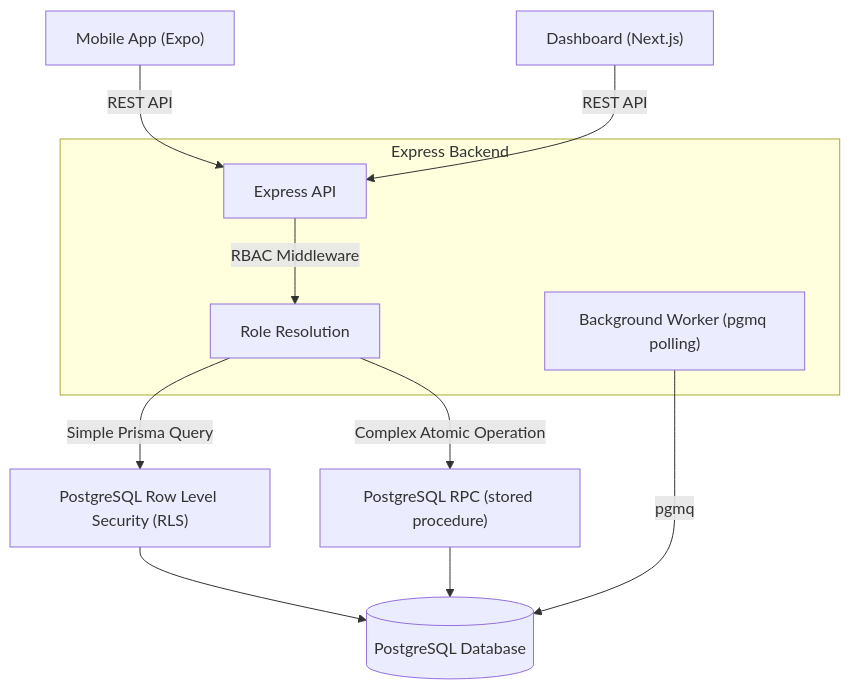
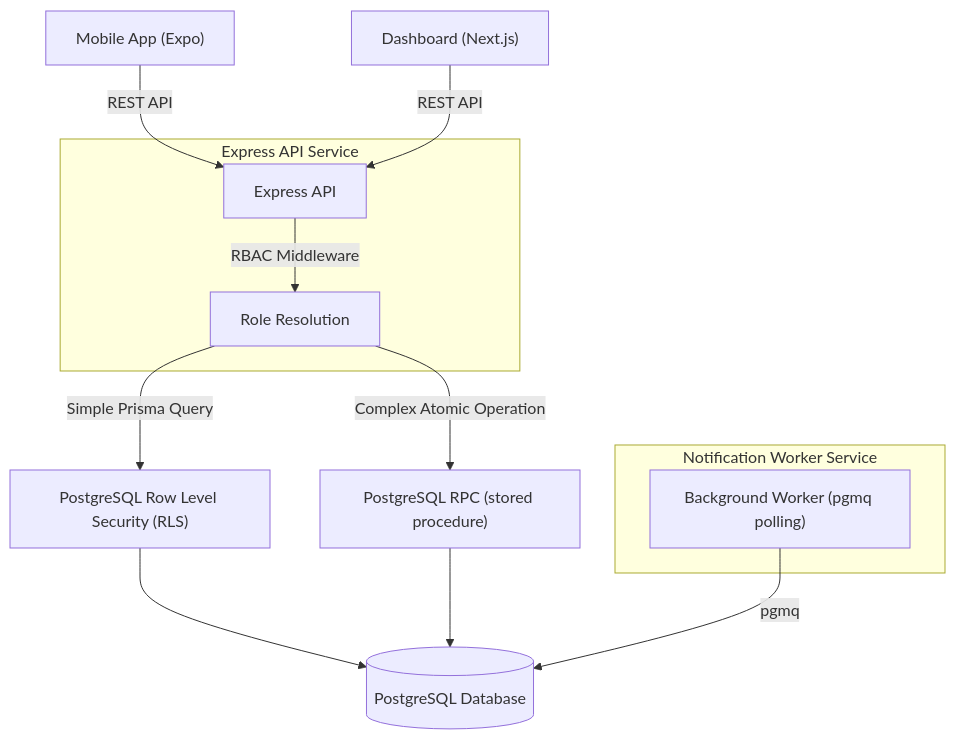
The diagram in docs/diagrams/15-api-architecture.md (sohamdhande/nst-events-docs), drawn with Mermaid before and after one commit. The commit also changed 4 other files, not shown here.

Commit message:
docs: reconcile diagrams with frozen v1 architecture

````diff
--- a/docs/diagrams/15-api-architecture.md
+++ b/docs/diagrams/15-api-architecture.md
@@ -5,24 +5,27 @@
 ```mermaid
 graph TD
     Mobile["Mobile App (Expo)"]
     Dashboard["Dashboard (Next.js)"]
 
     Mobile -->|REST API| API["Express API"]
     Dashboard -->|REST API| API
 
     API -->|RBAC Middleware| RBAC["Role Resolution"]
 
     RBAC -->|Simple Prisma Query| RLS["PostgreSQL Row Level Security (RLS)"]
     RBAC -->|Complex Atomic Operation| RPC["PostgreSQL RPC (stored procedure)"]
 
     RLS --> Database[("PostgreSQL Database")]
     RPC --> Database
 
-    subgraph Express Backend
+    subgraph Express API Service
         API
         RBAC
+    end
+
+    subgraph Notification Worker Service
         Worker["Background Worker (pgmq polling)"]
     end
 
     Worker -->|pgmq| Database
 ```
````
